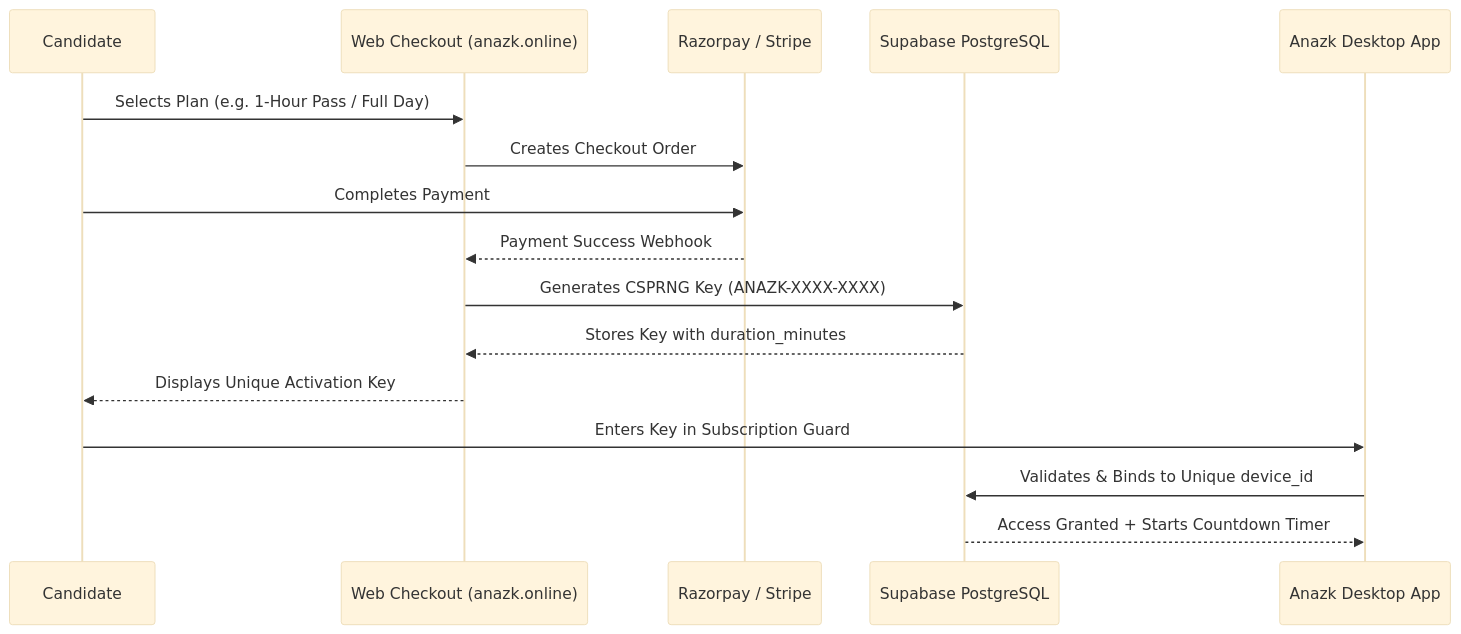
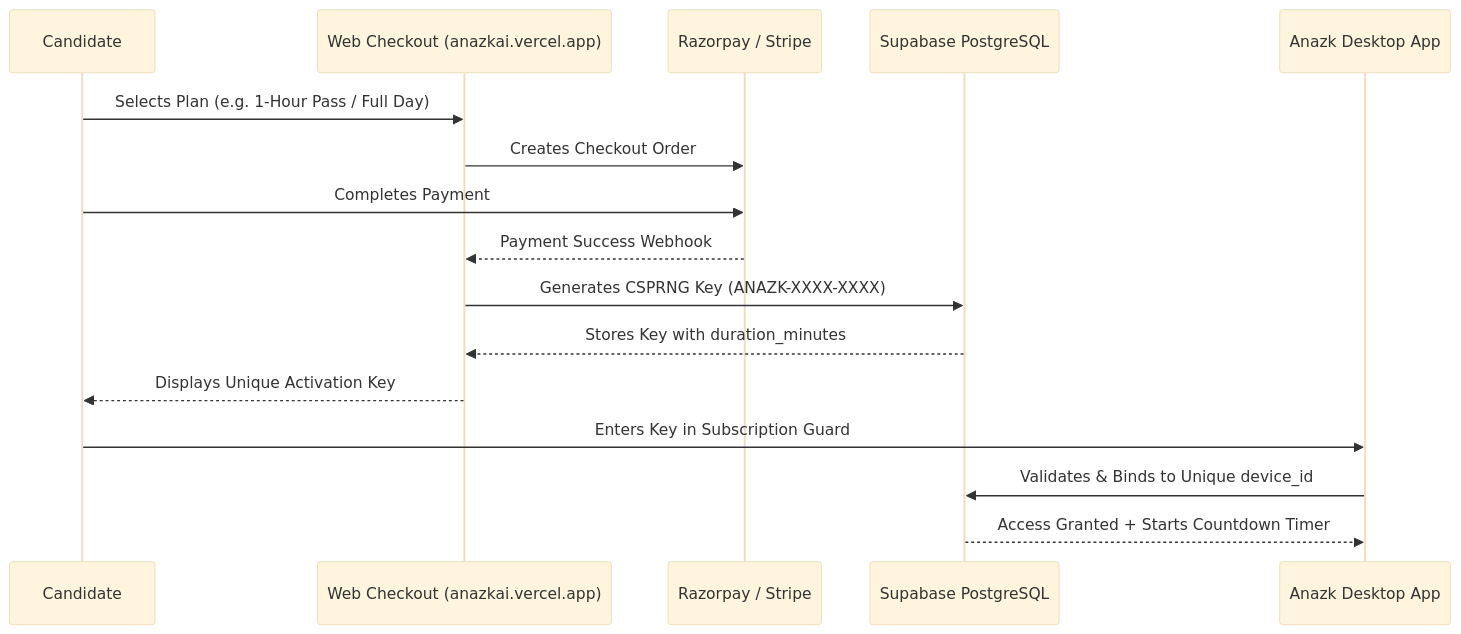
The fourth of 4 diagrams in README.md (prince-up/Anazkai), drawn with Mermaid (base theme) before and after one commit. The commit also changed 7 other files, not shown here.

Commit message:
Update domain to anazkai.vercel.app

````diff
--- a/README.md
+++ b/README.md
@@ -151,19 +151,19 @@
 ```mermaid
 sequenceDiagram
     participant Candidate as Candidate
-    participant Web as Web Checkout (anazk.online)
+    participant Web as Web Checkout (anazkai.vercel.app)
     participant Razorpay as Razorpay / Stripe
     participant DB as Supabase PostgreSQL
     participant App as Anazk Desktop App
 
     Candidate->>Web: Selects Plan (e.g. 1-Hour Pass / Full Day)
     Web->>Razorpay: Creates Checkout Order
     Candidate->>Razorpay: Completes Payment
     Razorpay-->>Web: Payment Success Webhook
     Web->>DB: Generates CSPRNG Key (ANAZK-XXXX-XXXX)
     DB-->>Web: Stores Key with duration_minutes
     Web-->>Candidate: Displays Unique Activation Key
     Candidate->>App: Enters Key in Subscription Guard
     App->>DB: Validates & Binds to Unique device_id
     DB-->>App: Access Granted + Starts Countdown Timer
 ```
````
